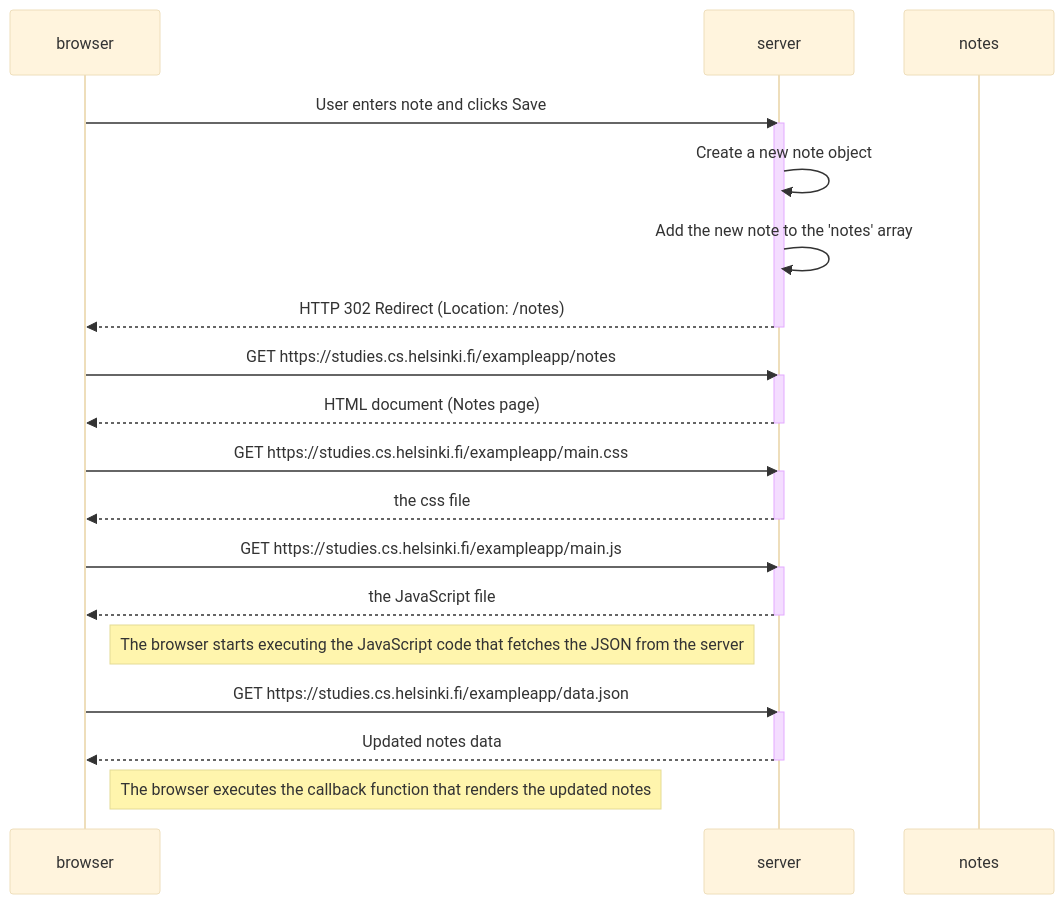
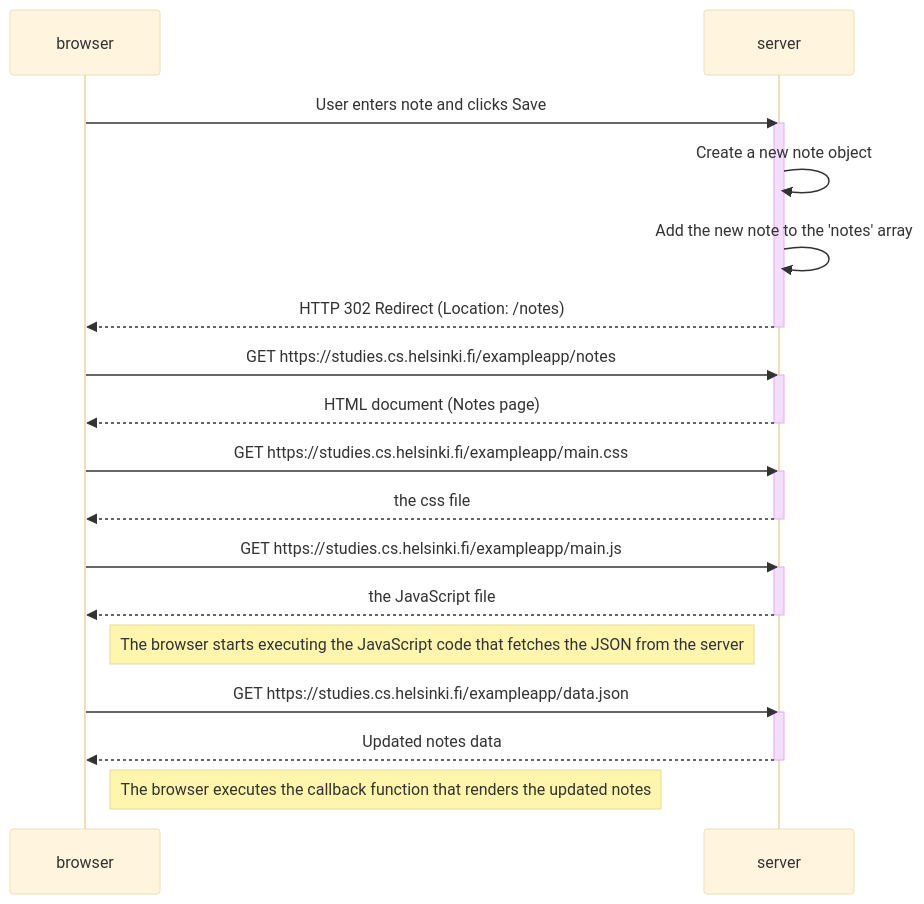
The diagram in 4.md (bxthirteen/part0), drawn with Mermaid (base theme) before and after one commit.

Commit message:
Update 4.md
Delete the unnecessary line - I thought it might be useful to use 'participant note' but it proved unnecessary but got left behind.

````diff
--- a/4.md
+++ b/4.md
@@ -1,39 +1,39 @@
 ```mermaid
 sequenceDiagram
     participant browser
     participant server
-    participant notes
+    
 
    %% Creating a New Note
     browser->>server: User enters note and clicks Save
     activate server
     server->>server: Create a new note object
     server->>server: Add the new note to the 'notes' array
     server-->>browser: HTTP 302 Redirect (Location: /notes)
     deactivate server
 
    %% Reloading Notes Page
     browser->>server: GET https://studies.cs.helsinki.fi/exampleapp/notes
     activate server
     server-->>browser: HTML document (Notes page)
     deactivate server
 
     browser->>server: GET https://studies.cs.helsinki.fi/exampleapp/main.css
     activate server
     server-->>browser: the css file
     deactivate server
 
     browser->>server: GET https://studies.cs.helsinki.fi/exampleapp/main.js
     activate server
     server-->>browser: the JavaScript file
     deactivate server
 
     Note right of browser: The browser starts executing the JavaScript code that fetches the JSON from the server
 
     browser->>server: GET https://studies.cs.helsinki.fi/exampleapp/data.json
     activate server
     server-->>browser: Updated notes data
     deactivate server
 
     Note right of browser: The browser executes the callback function that renders the updated notes
 ```
````
